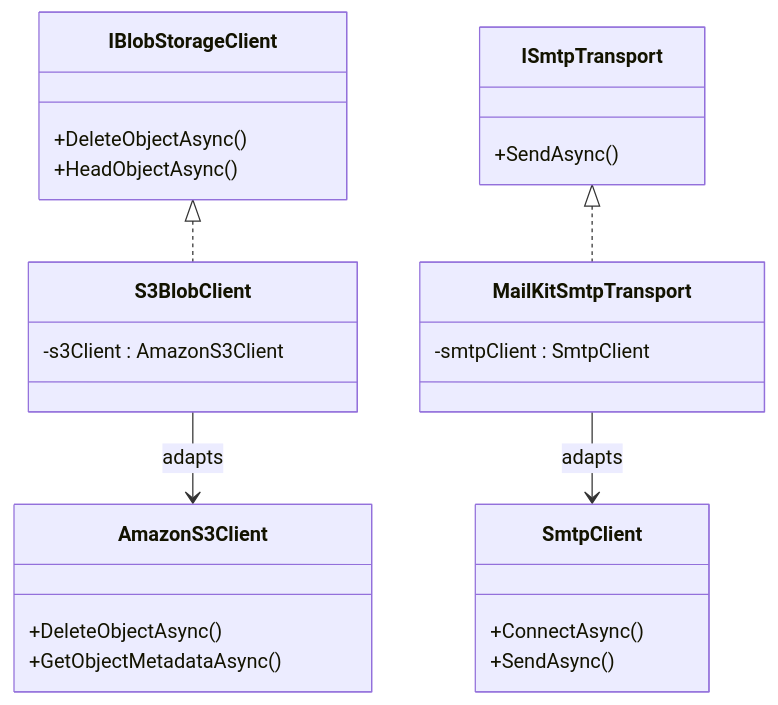
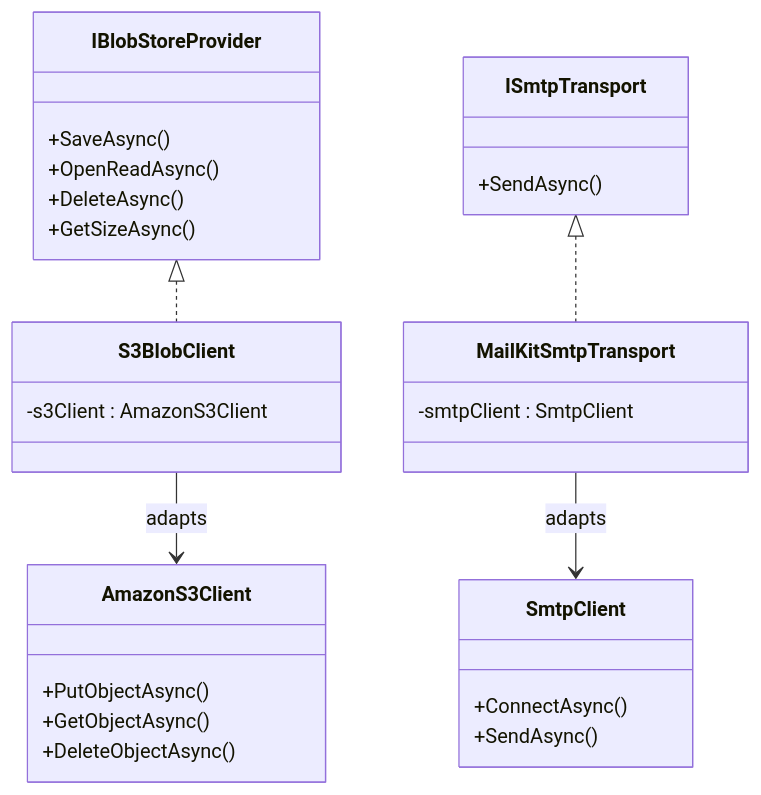
The diagram in src/content/docs/dotnet/architecture/patterns/adapter.md (granit-fx/granit-docs), drawn with Mermaid before and after one commit. The commit also changed other lines of this file and 105 other files, not shown here.

````diff
--- a/src/content/docs/dotnet/architecture/patterns/adapter.md
+++ b/src/content/docs/dotnet/architecture/patterns/adapter.md
@@ -19,35 +19,38 @@
 ```mermaid
 classDiagram
-    class IBlobStorageClient {
-        +DeleteObjectAsync()
-        +HeadObjectAsync()
+    class IBlobStoreProvider {
+        +SaveAsync()
+        +OpenReadAsync()
+        +DeleteAsync()
+        +GetSizeAsync()
     }
 
     class AmazonS3Client {
+        +PutObjectAsync()
+        +GetObjectAsync()
         +DeleteObjectAsync()
-        +GetObjectMetadataAsync()
     }
 
     class S3BlobClient {
         -s3Client : AmazonS3Client
     }
 
-    IBlobStorageClient <|.. S3BlobClient
+    IBlobStoreProvider <|.. S3BlobClient
     S3BlobClient --> AmazonS3Client : adapts
 
     class ISmtpTransport {
         +SendAsync()
     }
 
     class SmtpClient {
         +ConnectAsync()
         +SendAsync()
     }
 
     class MailKitSmtpTransport {
         -smtpClient : SmtpClient
     }
 
     ISmtpTransport <|.. MailKitSmtpTransport
     MailKitSmtpTransport --> SmtpClient : adapts
 ```
````
